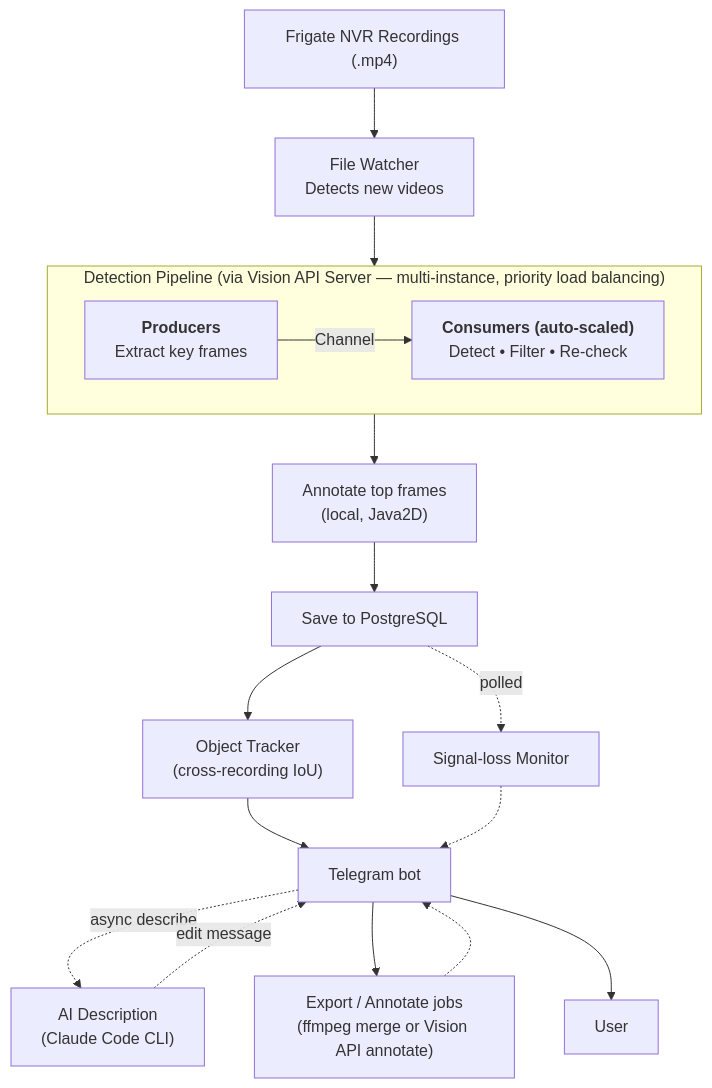
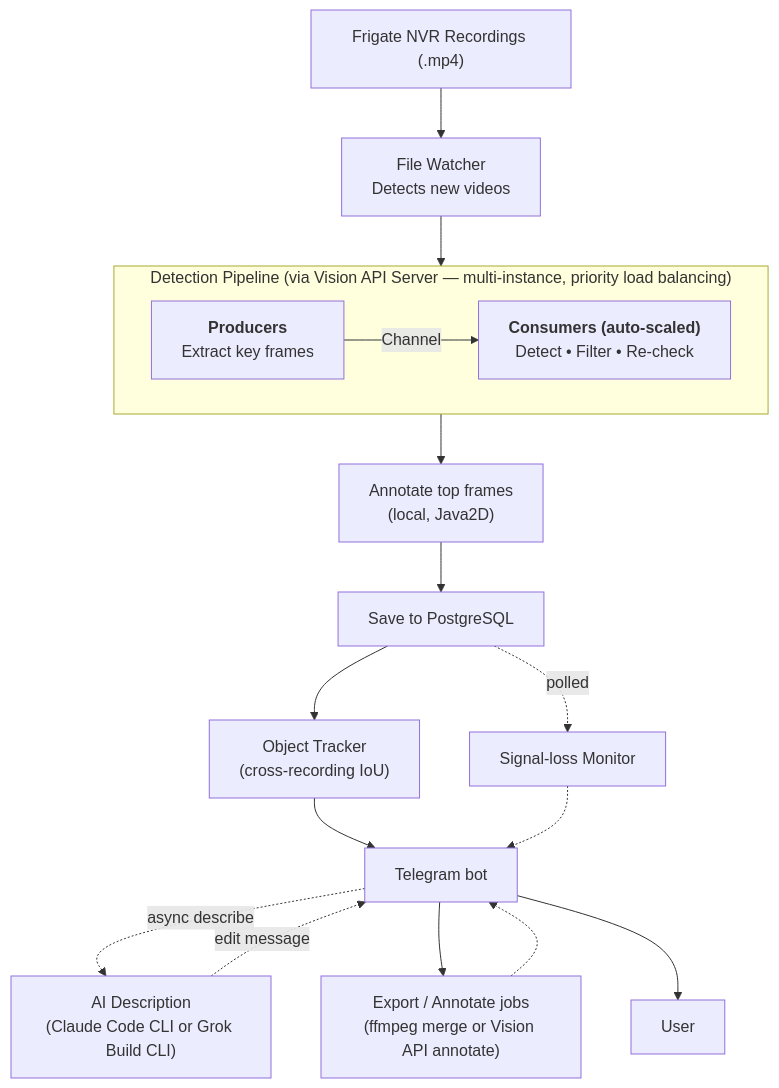
One commit to zinin/frigate-analyzer changed the diagram in README.md. Above: the diagram before and after it, drawn with Mermaid. The commit also changed other lines of this file and 15 other files, not shown here.

````diff
--- a/README.md
+++ b/README.md
@@ -7,25 +7,25 @@
 ```mermaid
 graph TD
     A["Frigate NVR Recordings (.mp4)"] --> B["File Watcher<br/>Detects new videos"]
     B --> C
 
     subgraph C ["Detection Pipeline (via Vision API Server — multi-instance, priority load balancing)"]
         direction LR
         P["<b>Producers</b><br/>Extract key frames"] -- "Channel" --> Q["<b>Consumers (auto-scaled)</b><br/>Detect • Filter • Re-check"]
     end
 
     C --> VIS["Annotate top frames<br/>(local, Java2D)"]
     VIS --> D["Save to PostgreSQL"]
     D --> E["Object Tracker<br/>(cross-recording IoU)"]
     E --> F["Telegram bot"]
 
     D -. "polled" .-> SL["Signal-loss Monitor"]
     SL -.-> F
 
-    F -. "async describe" .-> AI["AI Description<br/>(Claude Code CLI)"]
+    F -. "async describe" .-> AI["AI Description<br/>(Claude Code CLI or Grok Build CLI)"]
     AI -. "edit message" .-> F
 
     F --> EX["Export / Annotate jobs<br/>(ffmpeg merge or Vision API annotate)"]
     EX -.-> F
     F --> U["User"]
 ```
````
